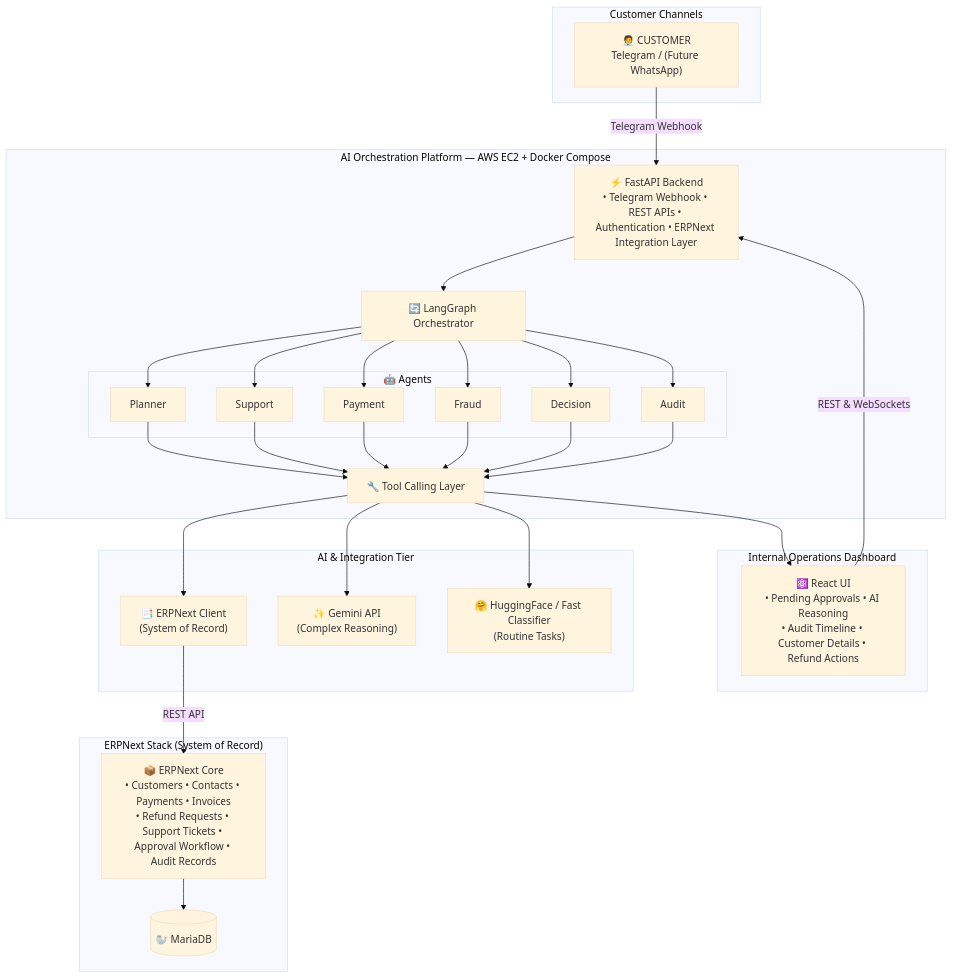
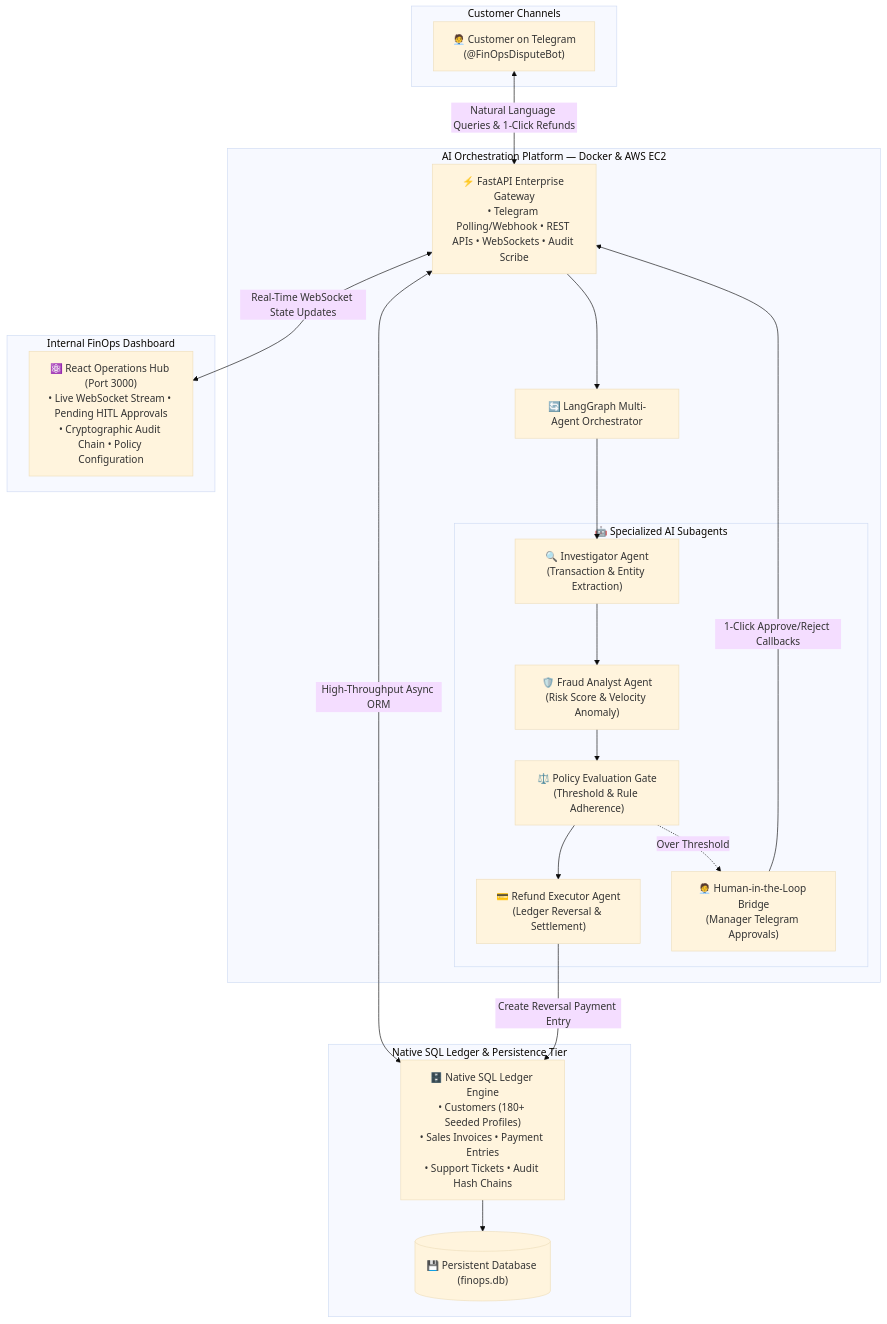
One commit to Ruthvik4257/Agentic_Financial_Operations_Assitant changed the diagram in README.md. Above: the diagram before and after it, drawn with Mermaid (base theme). The commit also changed other lines of this file, not shown here.

Commit message:
docs: update README with full system architecture, telegram username features, demo cheat-sheet, and EC2 deployment guide

````diff
--- a/README.md
+++ b/README.md
@@ -16,57 +17,45 @@
 ```mermaid
 graph TD
-    %% External Customers
+    %% Customer Interaction Layer
     subgraph External_Channels["Customer Channels"]
-        Customer["🧑‍💼 CUSTOMER<br/>Telegram / (Future WhatsApp)"]
+        Customer["🧑‍💼 Customer on Telegram<br/>(@FinOpsDisputeBot)"]
     end
 
-    %% AI Orchestration Platform
-    subgraph Cloud_Platform["AI Orchestration Platform — AWS EC2 + Docker Compose"]
-        FastAPI["⚡ FastAPI Backend<br/>• Telegram Webhook • REST APIs • Authentication • ERPNext Integration Layer"]
+    %% Containerized Stack
+    subgraph Cloud_Platform["AI Orchestration Platform — Docker & AWS EC2"]
+        FastAPI["⚡ FastAPI Enterprise Gateway<br/>• Telegram Polling/Webhook • REST APIs • WebSockets • Audit Scribe"]
         
-        LangGraph["🔄 LangGraph Orchestrator"]
+        LangGraph["🔄 LangGraph Multi-Agent Orchestrator"]
         
-        subgraph Agents_Subsystem["🤖 Agents"]
-            Planner["Planner"]
-            Support["Support"]
-            Payment["Payment"]
-            Fraud["Fraud"]
-            Decision["Decision"]
-            Audit["Audit"]
+        subgraph Agents_Subsystem["🤖 Specialized AI Subagents"]
+            Investigator["🔍 Investigator Agent<br/>(Transaction & Entity Extraction)"]
+            FraudAnalyst["🛡️ Fraud Analyst Agent<br/>(Risk Score & Velocity Anomaly)"]
+            PolicyGate["⚖️ Policy Evaluation Gate<br/>(Threshold & Rule Adherence)"]
+            RefundExecutor["💳 Refund Executor Agent<br/>(Ledger Reversal & Settlement)"]
+            HITLBridge["🧑‍💼 Human-in-the-Loop Bridge<br/>(Manager Telegram Approvals)"]
         end
         
-        ToolLayer["🔧 Tool Calling Layer"]
-        
         FastAPI --> LangGraph
-        LangGraph --> Planner & Support & Payment & Fraud & Decision & Audit
-        Planner & Support & Payment & Fraud & Decision & Audit --> ToolLayer
+        LangGraph --> Investigator --> FraudAnalyst --> PolicyGate --> RefundExecutor
+        PolicyGate -.->|Over Threshold| HITLBridge
     end
 
-    %% External Intelligence & Systems
-    subgraph Intelligence_Layer["AI & Integration Tier"]
-        ERPClient["📑 ERPNext Client<br/>(System of Record)"]
-        GeminiAPI["✨ Gemini API<br/>(Complex Reasoning)"]
-        HFModel["🤗 HuggingFace / Fast Classifier<br/>(Routine Tasks)"]
+    %% System of Record Tier
+    subgraph System_of_Record["Native SQL Ledger & Persistence Tier"]
+        SQLLedger["🗄️ Native SQL Ledger Engine<br/>• Customers (180+ Seeded Profiles)<br/>• Sales Invoices • Payment Entries<br/>• Support Tickets • Audit Hash Chains"]
+        DB_Storage[("💾 Persistent Database (finops.db)")]
+        SQLLedger --> DB_Storage
     end
 
-    %% ERPNext Stack
-    subgraph ERPNext_System["ERPNext Stack (System of Record)"]
-        ERPNext_Core["📦 ERPNext Core<br/>• Customers • Contacts • Payments • Invoices<br/>• Refund Requests • Support Tickets • Approval Workflow • Audit Records"]
-        MariaDB[("🦭 MariaDB")]
-        ERPNext_Core --> MariaDB
+    %% Internal Operations Dashboard
+    subgraph Operations_Dashboard["Internal FinOps Dashboard"]
+        ReactUI["⚛️ React Operations Hub (Port 3000)<br/>• Live WebSocket Stream • Pending HITL Approvals<br/>• Cryptographic Audit Chain • Policy Configuration"]
     end
 
-    %% Operations Hub
-    subgraph Operations_Dashboard["Internal Operations Dashboard"]
-        ReactUI["⚛️ React UI<br/>• Pending Approvals • AI Reasoning<br/>• Audit Timeline • Customer Details • Refund Actions"]
-    end
-
-    %% Connections
-    Customer -->|Telegram Webhook| FastAPI
-    ToolLayer --> ERPClient
-    ToolLayer --> GeminiAPI
-    ToolLayer --> HFModel
-    ToolLayer --> ReactUI
-    ERPClient -->|REST API| ERPNext_Core
-    ReactUI -->|REST & WebSockets| FastAPI
+    %% Network Interconnections
+    Customer <-->|Natural Language Queries & 1-Click Refunds| FastAPI
+    FastAPI <-->|High-Throughput Async ORM| SQLLedger
+    FastAPI <-->|Real-Time WebSocket State Updates| ReactUI
+    RefundExecutor -->|Create Reversal Payment Entry| SQLLedger
+    HITLBridge -->|1-Click Approve/Reject Callbacks| FastAPI
 ```
````
